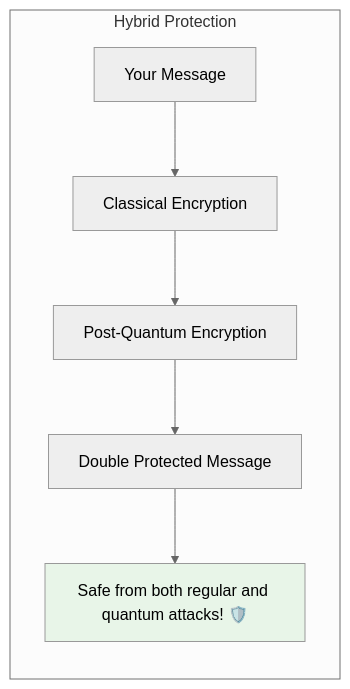
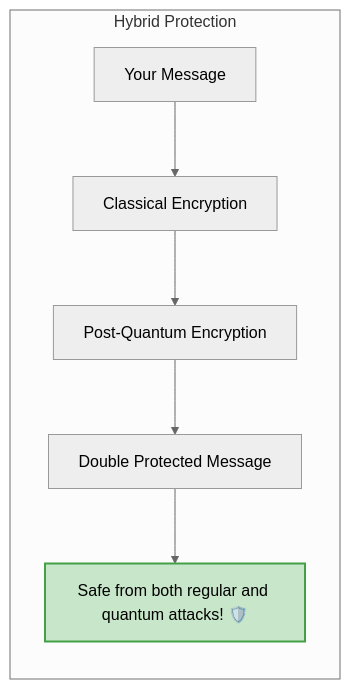
Before and after one commit to prabhatg/signal_crypto_lib: diagram 14 of 16 in docs/signal_protocol_for_kids.md, drawn with Mermaid (neutral theme). The commit also changed other lines of this file and 1 other file, not shown here.

Commit message:
Documentation diagram updates

````diff
--- a/docs/signal_protocol_for_kids.md
+++ b/docs/signal_protocol_for_kids.md
@@ -377,11 +377,11 @@
 ```mermaid
 graph LR
     subgraph "Hybrid Protection"
         A[Your Message] --> B[Classical Encryption]
         B --> C[Post-Quantum Encryption]
         C --> D[Double Protected Message]
         D --> E[Safe from both regular and quantum attacks! 🛡️]
     end
     
-    style E fill:#e8f5e8
+    style E fill:#c8e6c9,stroke:#43a047,stroke-width:2px,color:#000
 ```
````
